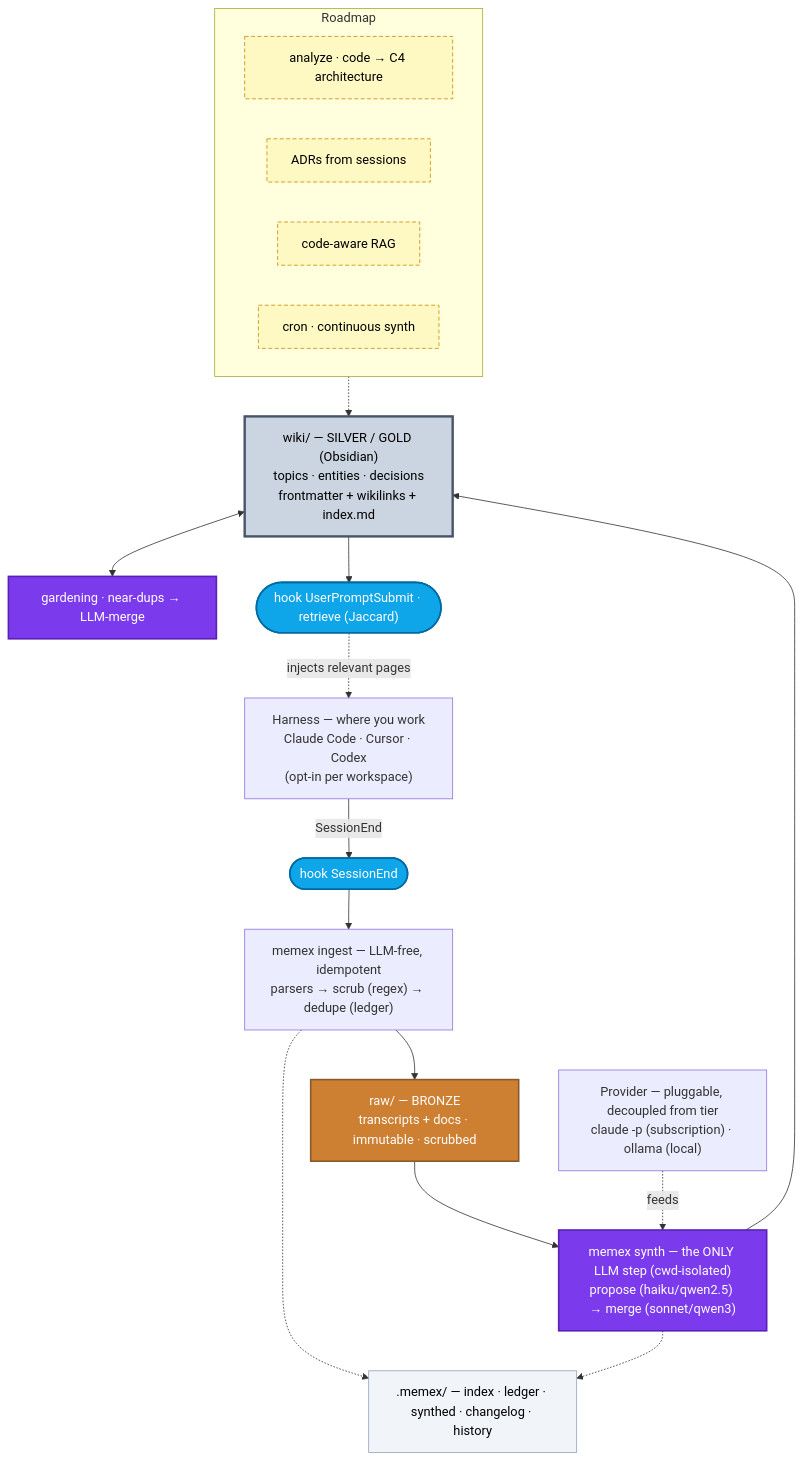
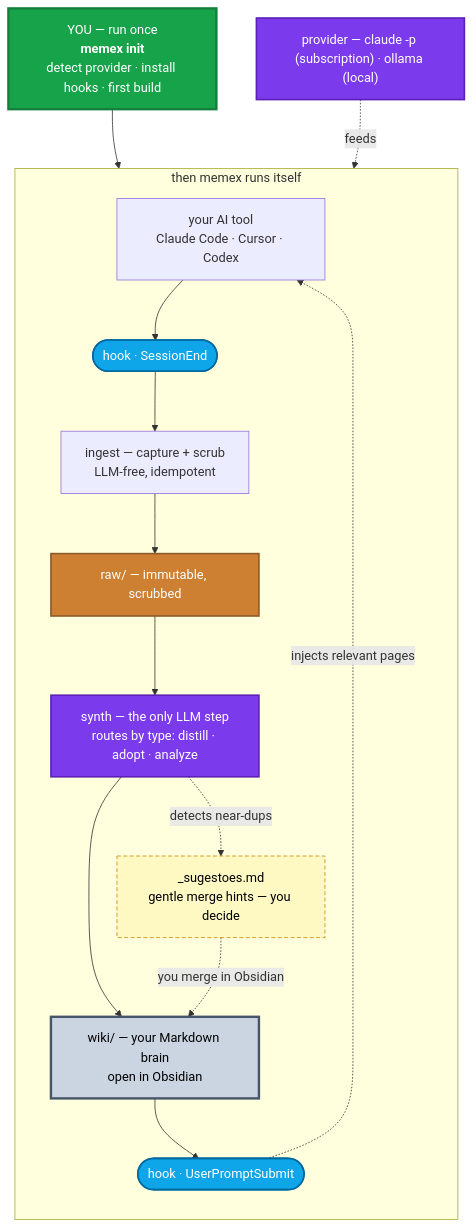
Before and after one commit to GianCdM/memex: the diagram in README.md, drawn with Mermaid. The commit also changed other lines of this file and 4 other files, not shown here.

````diff
--- a/README.md
+++ b/README.md
@@ -27,37 +27,32 @@
 ```mermaid
 flowchart TB
+  classDef you fill:#16a34a,color:#fff,stroke:#15803d,stroke-width:3px
+  classDef hook fill:#0ea5e9,color:#fff,stroke:#0369a1,stroke-width:2px
+  classDef llm fill:#7c3aed,color:#fff,stroke:#5b21b6,stroke-width:2px
   classDef bronze fill:#cd7f32,color:#fff,stroke:#8b5a2b,stroke-width:2px
   classDef wiki fill:#cbd5e1,color:#000,stroke:#475569,stroke-width:3px
-  classDef llm fill:#7c3aed,color:#fff,stroke:#5b21b6,stroke-width:2px
-  classDef hook fill:#0ea5e9,color:#fff,stroke:#0369a1,stroke-width:2px
-  classDef road fill:#fef9c3,color:#000,stroke:#ca8a04,stroke-dasharray:5 3
-  classDef store fill:#f1f5f9,color:#000,stroke:#94a3b8
+  classDef hint fill:#fef9c3,color:#000,stroke:#ca8a04,stroke-dasharray:5 3
 
-  HARNESS["Harness — where you work<br/>Claude Code · Cursor · Codex<br/>(opt-in per workspace)"]
-  SE(["hook SessionEnd"]):::hook
-  ING["memex ingest — LLM-free, idempotent<br/>parsers → scrub (regex) → dedupe (ledger)"]
-  RAW["raw/ — BRONZE<br/>transcripts + docs · immutable · scrubbed"]:::bronze
-  SYN["memex synth — the ONLY LLM step (cwd-isolated)<br/>propose (haiku/qwen2.5) → merge (sonnet/qwen3)"]:::llm
-  PROV["Provider — pluggable, decoupled from tier<br/>claude -p (subscription) · ollama (local)"]
-  WIKI["wiki/ — SILVER / GOLD (Obsidian)<br/>topics · entities · decisions<br/>frontmatter + wikilinks + index.md"]:::wiki
-  GARD["gardening · near-dups → LLM-merge"]:::llm
-  UPS(["hook UserPromptSubmit · retrieve (Jaccard)"]):::hook
-  STATE[".memex/ — index · ledger · synthed · changelog · history"]:::store
+  YOU["YOU — run once<br/><b>memex init</b><br/>detect provider · install hooks · first build"]:::you
 
-  HARNESS -->|SessionEnd| SE --> ING --> RAW --> SYN --> WIKI
+  subgraph AUTO["then memex runs itself"]
+    direction TB
+    HARNESS["your AI tool<br/>Claude Code · Cursor · Codex"]
+    SE(["hook · SessionEnd"]):::hook
+    ING["ingest — capture + scrub<br/>LLM-free, idempotent"]
+    RAW["raw/ — immutable, scrubbed"]:::bronze
+    SYN["synth — the only LLM step<br/>routes by type: distill · adopt · analyze"]:::llm
+    WIKI["wiki/ — your Markdown brain<br/>open in Obsidian"]:::wiki
+    UPS(["hook · UserPromptSubmit"]):::hook
+    SUG["_sugestoes.md<br/>gentle merge hints — you decide"]:::hint
+
+    HARNESS --> SE --> ING --> RAW --> SYN --> WIKI
+    WIKI --> UPS -. injects relevant pages .-> HARNESS
+    SYN -. detects near-dups .-> SUG -. you merge in Obsidian .-> WIKI
+  end
+
+  PROV["provider — claude -p (subscription) · ollama (local)"]:::llm
+
+  YOU --> HARNESS
   PROV -. feeds .-> SYN
-  WIKI <--> GARD
-  WIKI --> UPS
-  UPS -. injects relevant pages .-> HARNESS
-  ING -.-> STATE
-  SYN -.-> STATE
-
-  subgraph RD["Roadmap"]
-    direction LR
-    AN["analyze · code → C4 architecture"]:::road
-    AD["ADRs from sessions"]:::road
-    RG["code-aware RAG"]:::road
-    CR["cron · continuous synth"]:::road
-  end
-  RD -.-> WIKI
 ```
````
